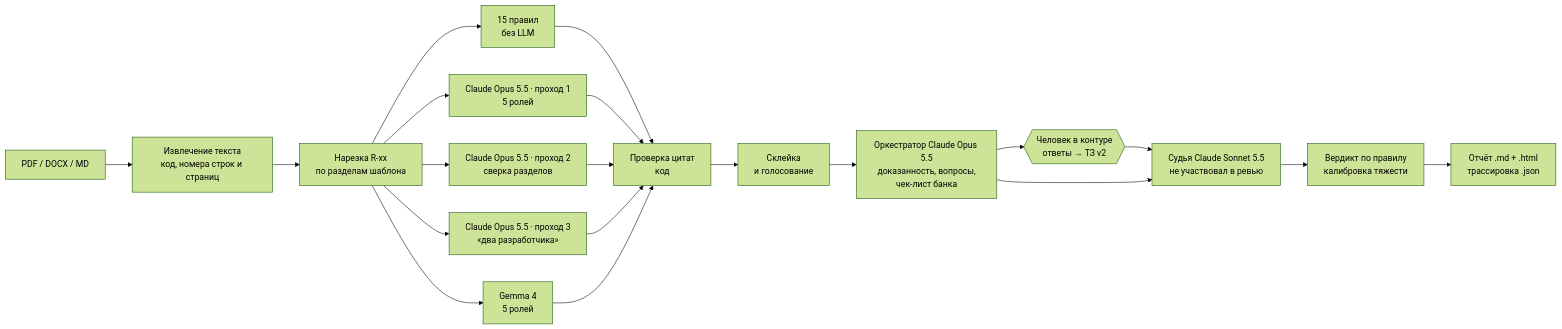
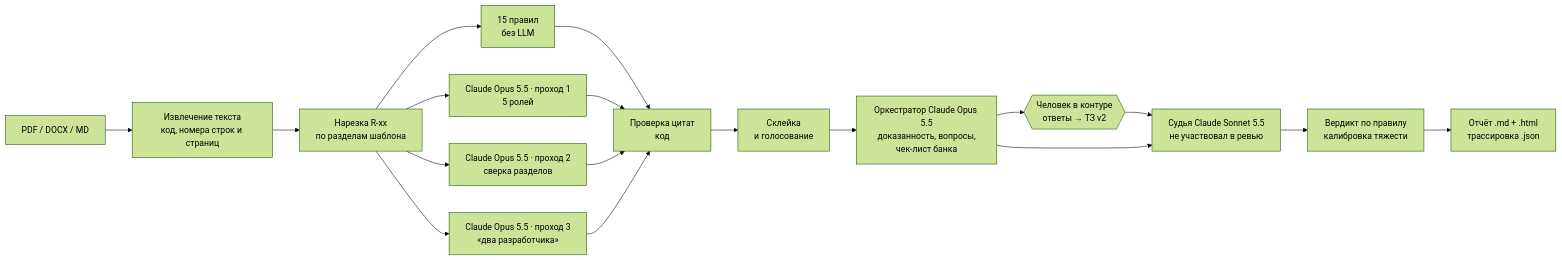
Before and after one commit to Aldibek/AI_agent_hack: the diagram in README.md, drawn with Mermaid (forest theme). The commit also changed other lines of this file and 6 other files, not shown here.

````diff
--- a/README.md
+++ b/README.md
@@ -22,22 +22,20 @@
 ```mermaid
 flowchart LR
     IN[PDF / DOCX / MD] --> ING[Извлечение текста<br/>код, номера строк и страниц]
     ING --> SEG[Нарезка R-xx<br/>по разделам шаблона]
     SEG --> RUL[15 правил<br/>без LLM]
     SEG --> R1[Claude Opus 5.5 · проход 1<br/>5 ролей]
     SEG --> R2[Claude Opus 5.5 · проход 2<br/>сверка разделов]
     SEG --> R4[Claude Opus 5.5 · проход 3<br/>«два разработчика»]
-    SEG --> R3[Gemma 4<br/>5 ролей]
     RUL --> GR[Проверка цитат<br/>код]
     R1 --> GR
     R2 --> GR
     R4 --> GR
-    R3 --> GR
     GR --> MRG[Склейка<br/>и голосование]
     MRG --> ORC[Оркестратор Claude Opus 5.5<br/>доказанность, вопросы,<br/>чек-лист банка]
     ORC --> HUM{{Человек в контуре<br/>ответы → ТЗ v2}}
     HUM --> JDG[Судья Claude Sonnet 5.5<br/>не участвовал в ревью]
     ORC --> JDG
     JDG --> VER[Вердикт по правилу<br/>калибровка тяжести]
     VER --> OUT[Отчёт .md + .html<br/>трассировка .json]
 ```
````
